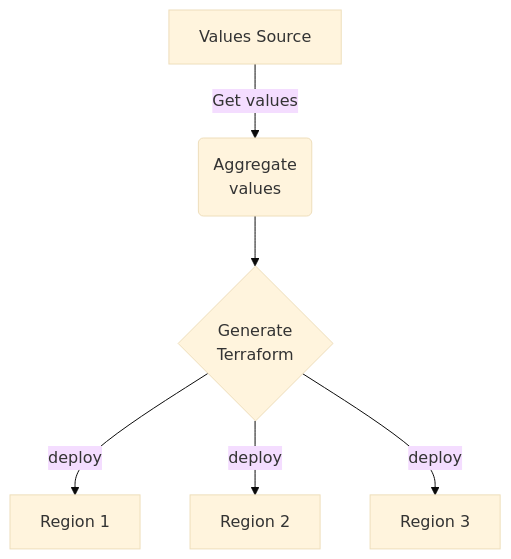
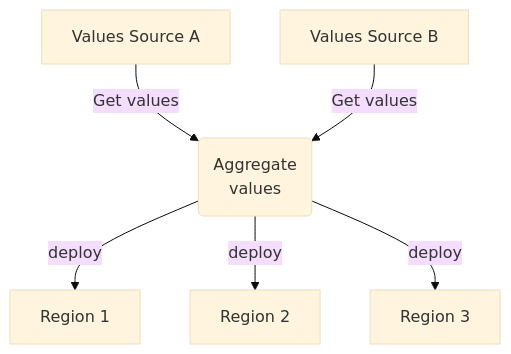
Before and after one commit to SRodi/srodi.github.io: the diagram in _posts/2023-11-23-how-to-write-terraform-file-in-go.md, drawn with Mermaid (base theme).

Commit message:
update diagram for 2023-11-23-how-to-write-terraform-file-in-go

````diff
--- a/_posts/2023-11-23-how-to-write-terraform-file-in-go.md
+++ b/_posts/2023-11-23-how-to-write-terraform-file-in-go.md
@@ -16,8 +16,8 @@
 ```mermaid
 flowchart TD
-    A[Values Source] -->|Get values| B(Aggregate\nvalues)
-    B --> C{Generate\nTerraform}
+    A[Values Source A] -->|Get values| C(Aggregate\nvalues)
+    B[Values Source B]  -->|Get values| C(Aggregate\nvalues)
     C -->|deploy| D[Region 1]
     C -->|deploy| E[Region 2]
     C -->|deploy| F[Region 3]
 ```
````
